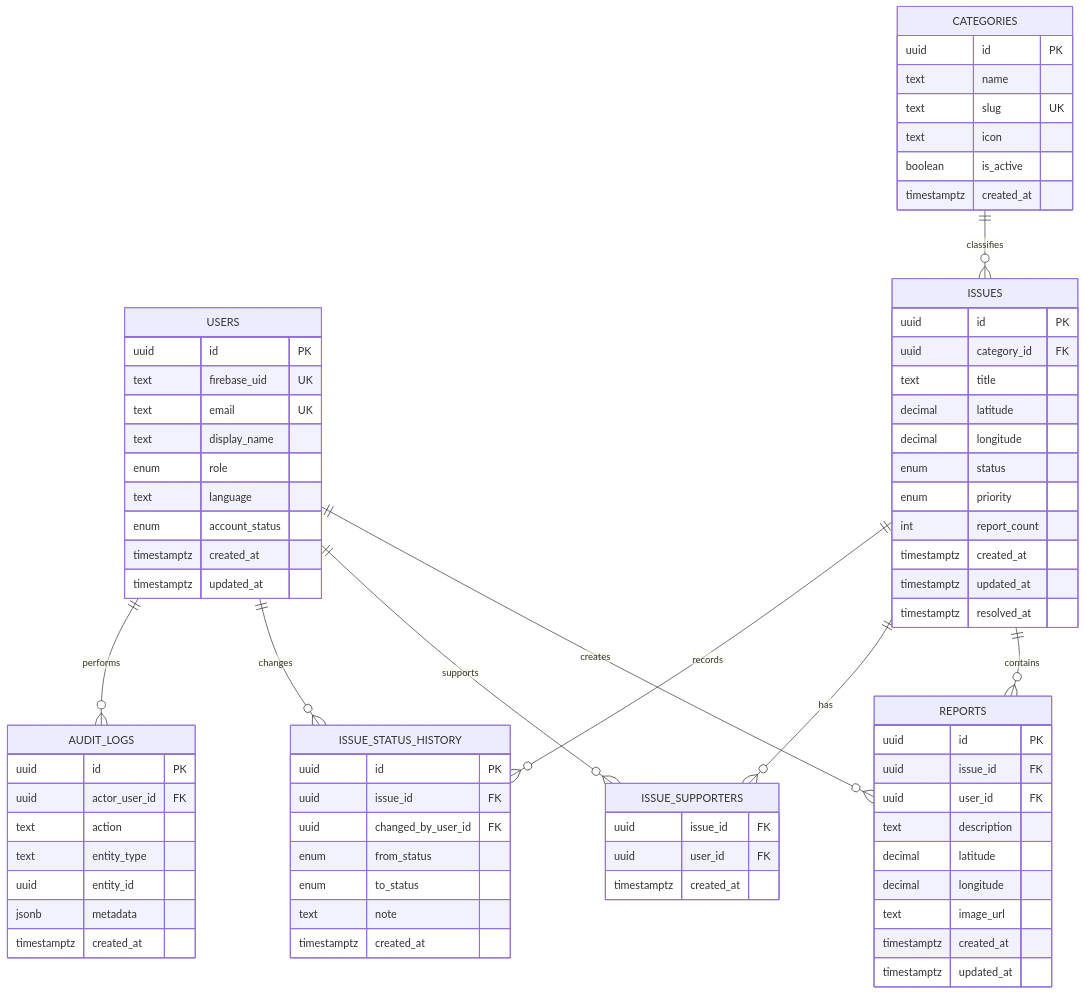
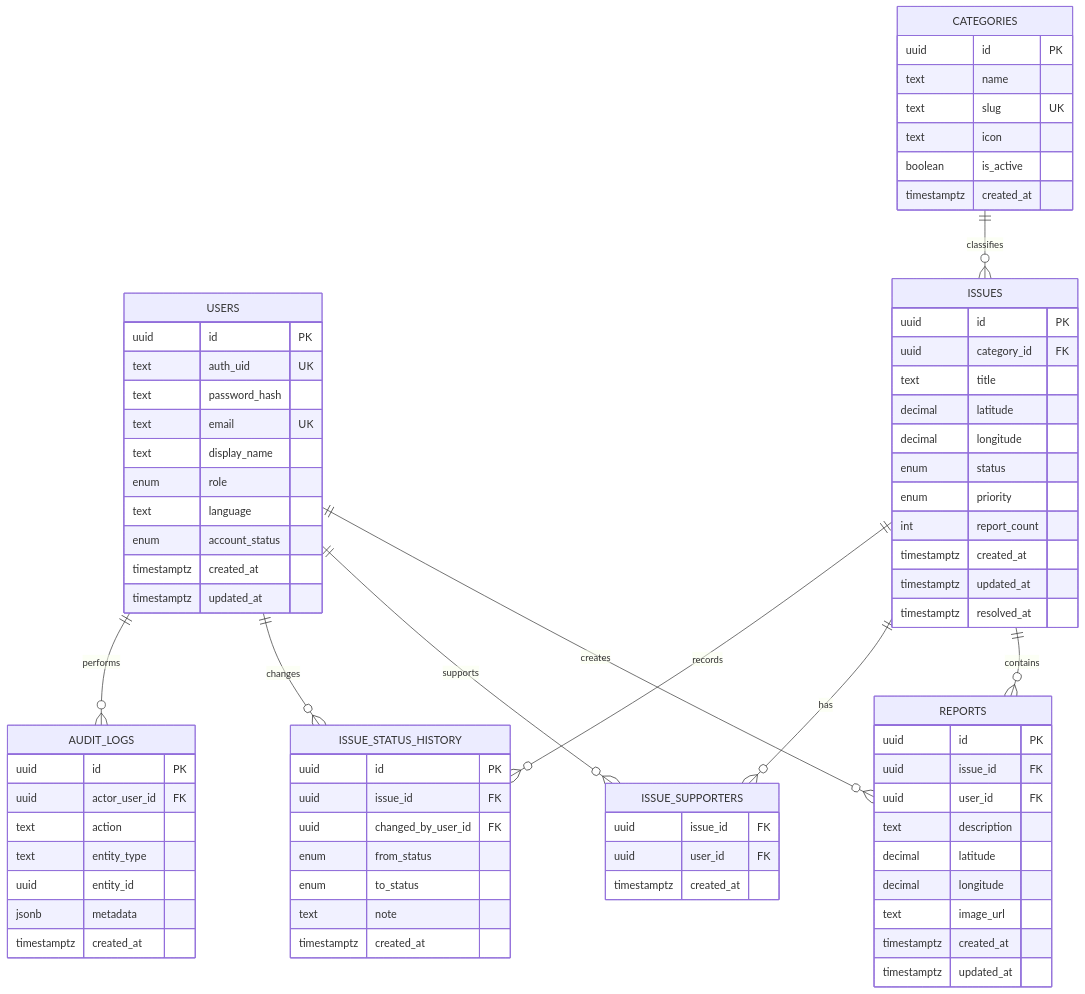
One commit to ff7hpp/GeoIssue changed the diagram in docs/reference/diagrams/08_ERD_Database_Relationships.mmd. Above: the diagram before and after it, drawn with Mermaid. The commit also changed 56 other files, not shown here.

```diff
--- a/docs/reference/diagrams/08_ERD_Database_Relationships.mmd
+++ b/docs/reference/diagrams/08_ERD_Database_Relationships.mmd
@@ -1,76 +1,77 @@
 erDiagram
   USERS ||--o{ REPORTS : creates
   ISSUES ||--o{ REPORTS : contains
   CATEGORIES ||--o{ ISSUES : classifies
   USERS ||--o{ ISSUE_SUPPORTERS : supports
   ISSUES ||--o{ ISSUE_SUPPORTERS : has
   USERS ||--o{ ISSUE_STATUS_HISTORY : changes
   ISSUES ||--o{ ISSUE_STATUS_HISTORY : records
   USERS ||--o{ AUDIT_LOGS : performs
 
   USERS {
     uuid id PK
-    text firebase_uid UK
+    text auth_uid UK
+    text password_hash
     text email UK
     text display_name
     enum role
     text language
     enum account_status
     timestamptz created_at
     timestamptz updated_at
   }
   CATEGORIES {
     uuid id PK
     text name
     text slug UK
     text icon
     boolean is_active
     timestamptz created_at
   }
   ISSUES {
     uuid id PK
     uuid category_id FK
     text title
     decimal latitude
     decimal longitude
     enum status
     enum priority
     int report_count
     timestamptz created_at
     timestamptz updated_at
     timestamptz resolved_at
   }
   REPORTS {
     uuid id PK
     uuid issue_id FK
     uuid user_id FK
     text description
     decimal latitude
     decimal longitude
     text image_url
     timestamptz created_at
     timestamptz updated_at
   }
   ISSUE_SUPPORTERS {
     uuid issue_id FK
     uuid user_id FK
     timestamptz created_at
   }
   ISSUE_STATUS_HISTORY {
     uuid id PK
     uuid issue_id FK
     uuid changed_by_user_id FK
     enum from_status
     enum to_status
     text note
     timestamptz created_at
   }
   AUDIT_LOGS {
     uuid id PK
     uuid actor_user_id FK
     text action
     text entity_type
     uuid entity_id
     jsonb metadata
     timestamptz created_at
   }
```
